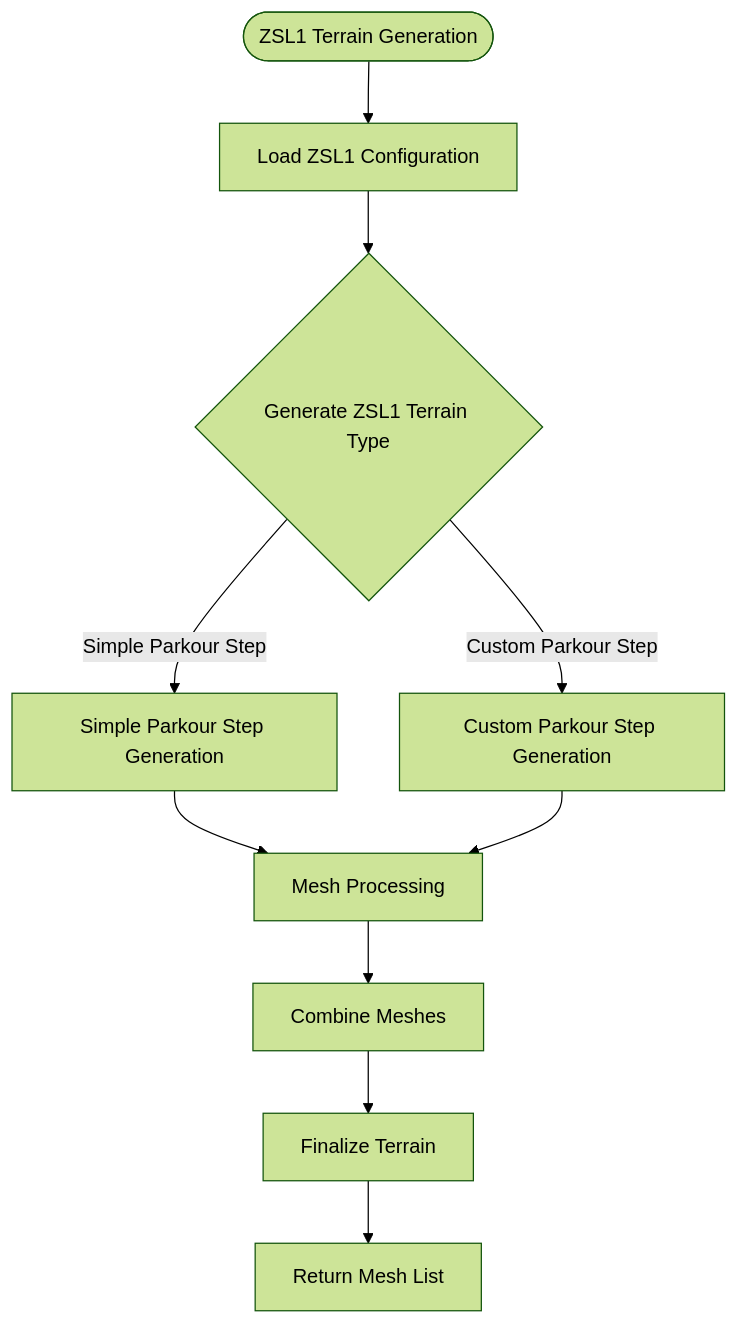
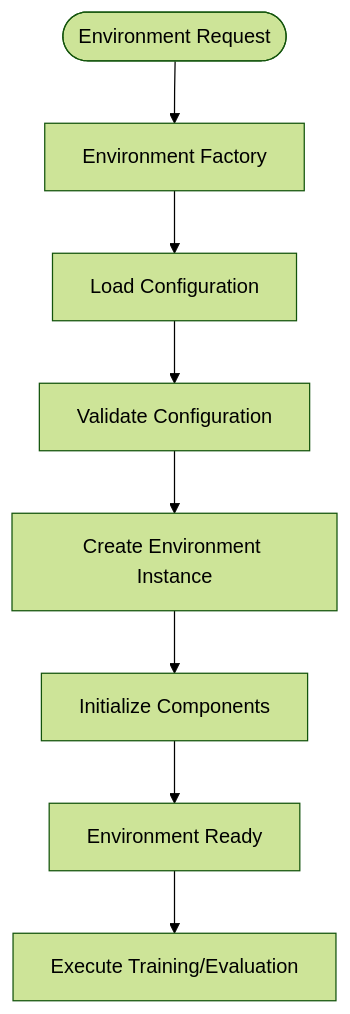
One commit to jayjayhust/robot_lab changed the third of 4 diagrams in .qoder/repowiki/en/content/Task Configuration Framework/Velocity-Based Locomotion Tasks/Parkour Navigation System.md. Above: the diagram before and after it, drawn with Mermaid (forest theme). The commit also changed other lines of this file and 14 other files, not shown here.

````diff
--- a/.qoder/repowiki/en/content/Task Configuration Framework/Velocity-Based Locomotion Tasks/Parkour Navigation System.md
+++ b/.qoder/repowiki/en/content/Task Configuration Framework/Velocity-Based Locomotion Tasks/Parkour Navigation System.md
@@ -327,12 +133,10 @@
 ```mermaid
 flowchart TD
-ZSL1Start([ZSL1 Terrain Generation]) --> ZSL1Config[Load ZSL1 Configuration]
-ZSL1Config --> ZSL1GenerateType{Generate ZSL1 Terrain Type}
-ZSL1GenerateType --> |Simple Parkour Step| SimpleParkourGen[Simple Parkour Step Generation]
-ZSL1GenerateType --> |Custom Parkour Step| CustomParkourGen[Custom Parkour Step Generation]
-SimpleParkourGen --> ZSL1MeshProcessing[Mesh Processing]
-CustomParkourGen --> ZSL1MeshProcessing
-ZSL1MeshProcessing --> ZSL1CombineMesh[Combine Meshes]
-ZSL1CombineMesh --> ZSL1FinalizeTerrain[Finalize Terrain]
-ZSL1FinalizeTerrain --> ZSL1ReturnMesh[Return Mesh List]
+Start([Environment Request]) --> Factory[Environment Factory]
+Factory --> Config[Load Configuration]
+Config --> Validate[Validate Configuration]
+Validate --> Create[Create Environment Instance]
+Create --> Initialize[Initialize Components]
+Initialize --> Ready[Environment Ready]
+Ready --> Execute[Execute Training/Evaluation]
 ```
````
